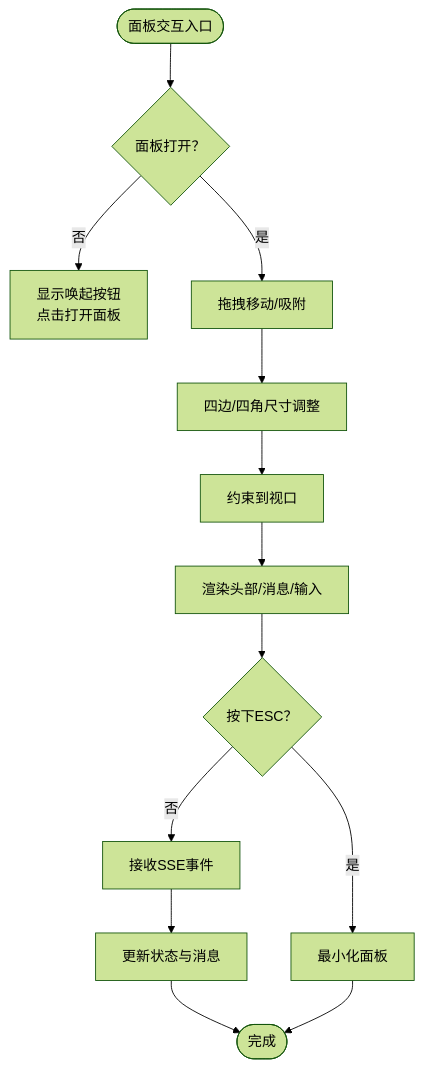
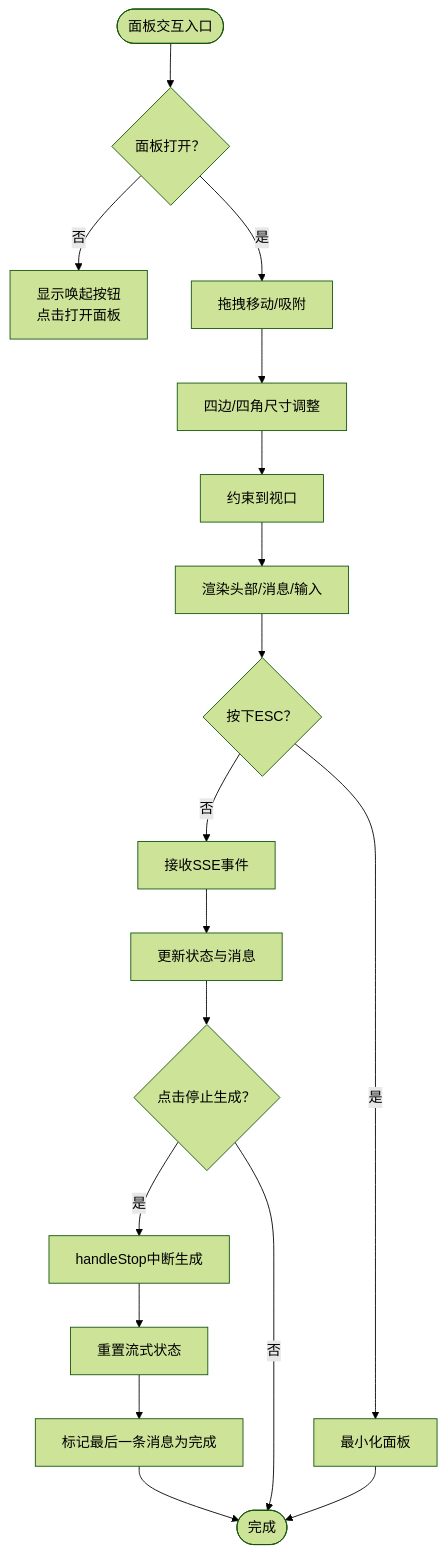
Before and after one commit to KunLabAI/KunFlix: the third of 13 diagrams in .qoder/repowiki/zh/content/前端组件系统/AI助手组件/AI助手面板.md, drawn with Mermaid (forest theme). The commit also changed other lines of this file and 15 other files, not shown here.

````diff
--- a/.qoder/repowiki/zh/content/前端组件系统/AI助手组件/AI助手面板.md
+++ b/.qoder/repowiki/zh/content/前端组件系统/AI助手组件/AI助手面板.md
@@ -187,15 +198,20 @@
 ```mermaid
 flowchart TD
 Start(["面板交互入口"]) --> Open{"面板打开？"}
 Open --> |否| ShowButton["显示唤起按钮<br/>点击打开面板"]
 Open --> |是| Drag["拖拽移动/吸附"]
 Drag --> Resize["四边/四角尺寸调整"]
 Resize --> Constrain["约束到视口"]
 Constrain --> Render["渲染头部/消息/输入"]
 Render --> ESC{"按下ESC？"}
 ESC --> |是| Minimize["最小化面板"]
 ESC --> |否| SSE["接收SSE事件"]
 SSE --> Update["更新状态与消息"]
-Update --> End(["完成"])
+Update --> Stop{"点击停止生成？"}
+Stop --> |是| Interrupt["handleStop中断生成"]
+Interrupt --> Reset["重置流式状态"]
+Reset --> MarkComplete["标记最后一条消息为完成"]
+MarkComplete --> End(["完成"])
+Stop --> |否| End
 Minimize --> End
 ```
````
